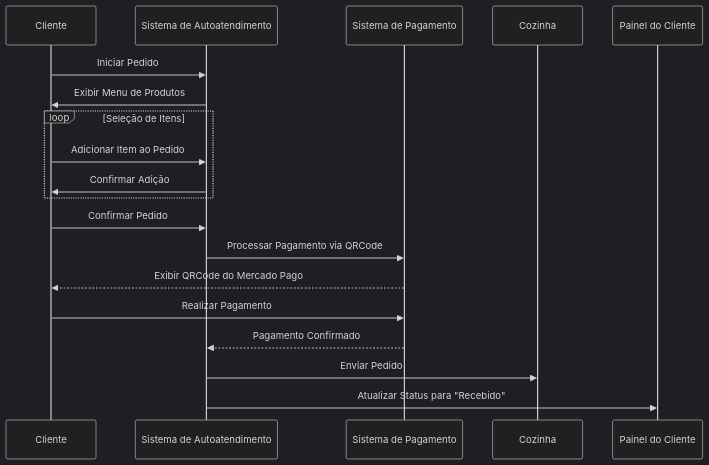
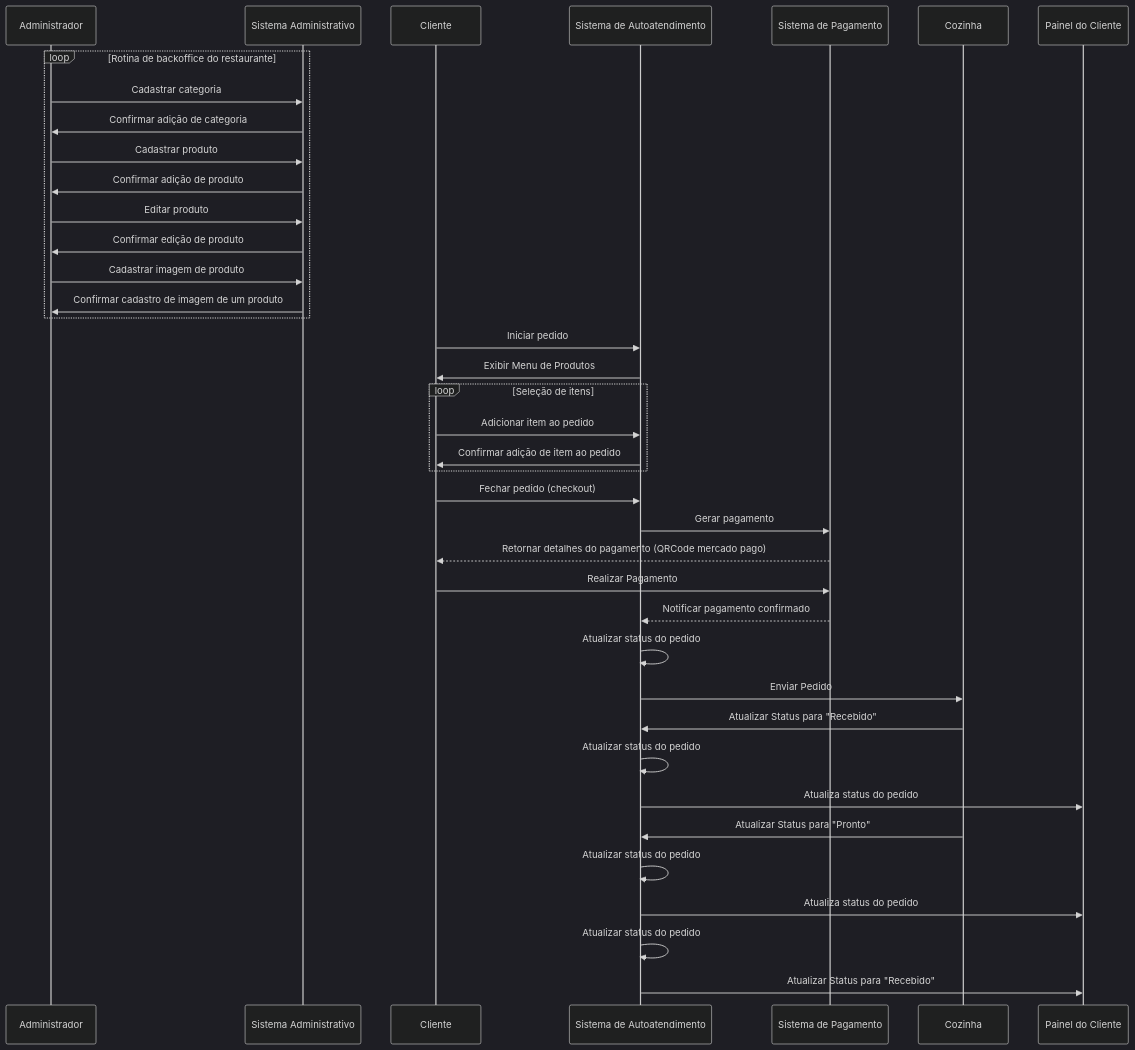
One commit to tupizz/restaurant-food-golang-api-fiap changed the diagram in readme.md. Above: the diagram before and after it, drawn with Mermaid (dark theme). The commit also changed other lines of this file and 6 other files, not shown here.

````diff
--- a/readme.md
+++ b/readme.md
@@ -21,25 +36,54 @@
 ```mermaid
 sequenceDiagram
-    participant Cliente
-    participant SistemaAutoatendimento as Sistema de Autoatendimento
-    participant SistemaPagamento as Sistema de Pagamento
-    participant Cozinha
-    participant PainelCliente as Painel do Cliente
+  participant Administrador
+  participant SistemaAdministrativo as Sistema Administrativo
+  participant Cliente
+  participant SistemaAutoatendimento as Sistema de Autoatendimento
+  participant SistemaPagamento as Sistema de Pagamento
+  participant Cozinha
+  participant PainelCliente as Painel do Cliente
 
-    Cliente->>SistemaAutoatendimento: Iniciar Pedido
-    SistemaAutoatendimento->>Cliente: Exibir Menu de Produtos
+  loop Rotina de backoffice do restaurante
+      Administrador->>SistemaAdministrativo: Cadastrar categoria
+      SistemaAdministrativo->>Administrador: Confirmar adição de categoria
 
-    loop Seleção de Itens
-        Cliente->>SistemaAutoatendimento: Adicionar Item ao Pedido
-        SistemaAutoatendimento->>Cliente: Confirmar Adição
-    end
+      Administrador->>SistemaAdministrativo: Cadastrar produto
+      SistemaAdministrativo->>Administrador: Confirmar adição de produto
 
-    Cliente->>SistemaAutoatendimento: Confirmar Pedido
-    SistemaAutoatendimento->>SistemaPagamento: Processar Pagamento via QRCode
-    SistemaPagamento-->>Cliente: Exibir QRCode do Mercado Pago
-    Cliente->>SistemaPagamento: Realizar Pagamento
-    SistemaPagamento-->>SistemaAutoatendimento: Pagamento Confirmado
+      Administrador->>SistemaAdministrativo: Editar produto
+      SistemaAdministrativo->>Administrador: Confirmar edição de produto
 
-    SistemaAutoatendimento->>Cozinha: Enviar Pedido
-    SistemaAutoatendimento->>PainelCliente: Atualizar Status para "Recebido"
+      Administrador->>SistemaAdministrativo: Cadastrar imagem de produto
+      SistemaAdministrativo->>Administrador: Confirmar cadastro de imagem de um produto
+  end
+
+  Cliente->>SistemaAutoatendimento: Iniciar pedido
+  SistemaAutoatendimento->>Cliente: Exibir Menu de Produtos
+
+  loop Seleção de itens
+      Cliente->>SistemaAutoatendimento: Adicionar item ao pedido
+      SistemaAutoatendimento->>Cliente: Confirmar adição de item ao pedido
+  end
+
+  Cliente->>SistemaAutoatendimento: Fechar pedido (checkout)
+
+  SistemaAutoatendimento->>SistemaPagamento: Gerar pagamento
+  SistemaPagamento-->>Cliente: Retornar detalhes do pagamento (QRCode mercado pago)
+
+  Cliente->>SistemaPagamento: Realizar Pagamento
+  SistemaPagamento-->>SistemaAutoatendimento: Notificar pagamento confirmado
+
+  SistemaAutoatendimento->>SistemaAutoatendimento: Atualizar status do pedido
+  SistemaAutoatendimento->>Cozinha: Enviar Pedido
+
+  Cozinha->>SistemaAutoatendimento: Atualizar Status para "Recebido"
+  SistemaAutoatendimento->>SistemaAutoatendimento: Atualizar status do pedido
+  SistemaAutoatendimento->>PainelCliente: Atualiza status do pedido
+
+  Cozinha->>SistemaAutoatendimento: Atualizar Status para "Pronto"
+  SistemaAutoatendimento->>SistemaAutoatendimento: Atualizar status do pedido
+  SistemaAutoatendimento->>PainelCliente: Atualiza status do pedido
+
+  SistemaAutoatendimento->>SistemaAutoatendimento: Atualizar status do pedido
+  SistemaAutoatendimento->>PainelCliente: Atualizar Status para "Recebido"
 ```
````
